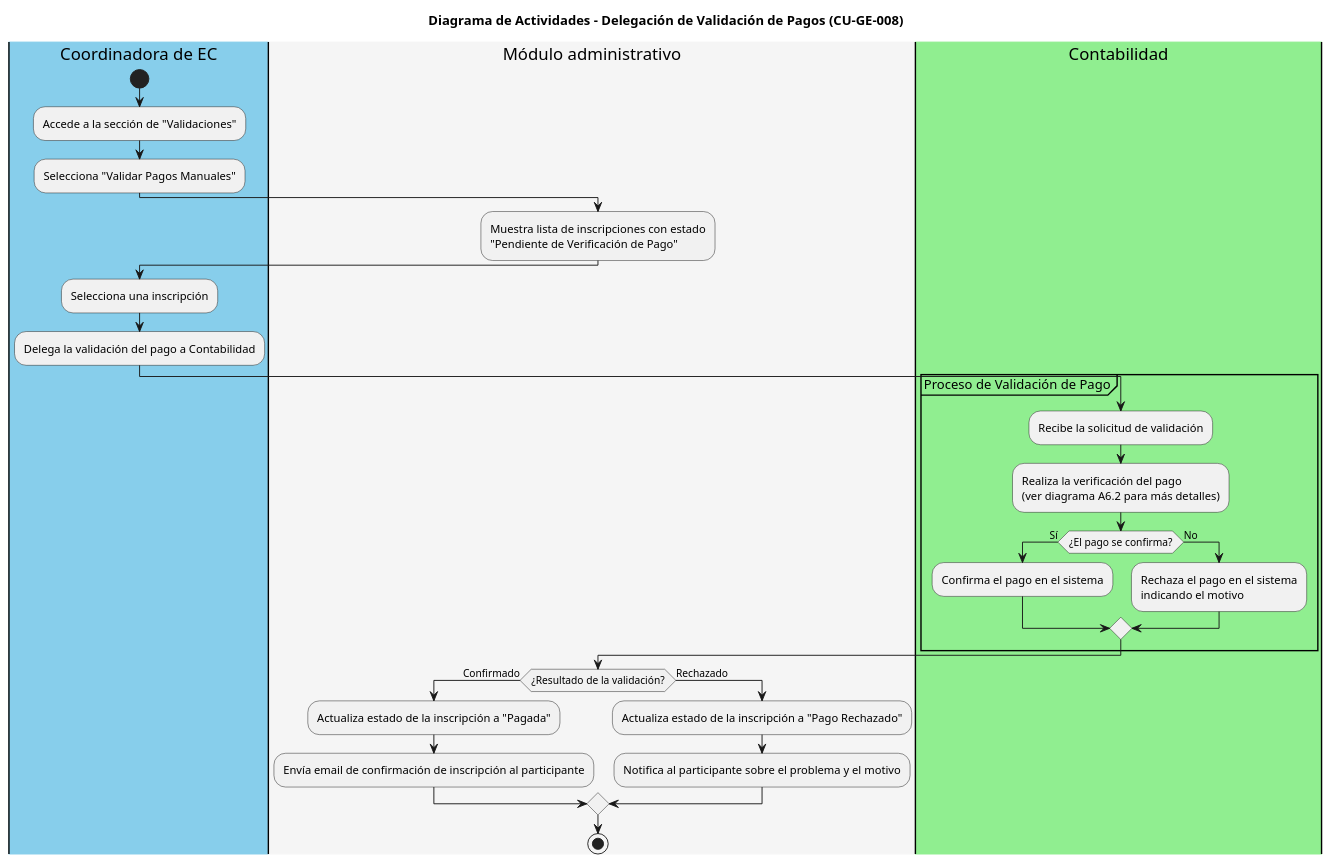
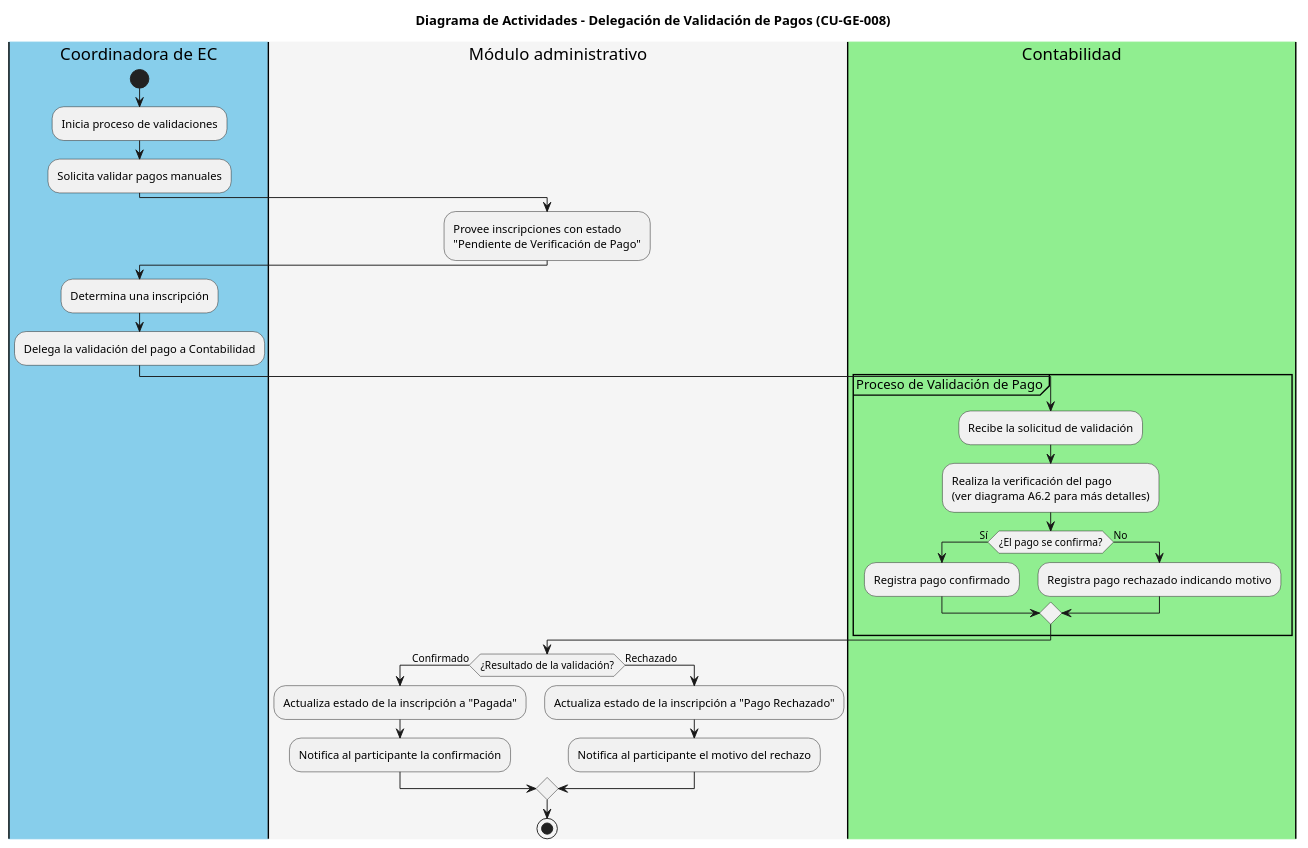
One commit to iKinoo/baby-salesforce-admin-module changed the diagram in code/further reference/CU-GE-008_Validacion_Pagos_General.puml. Above: the diagram before and after it, drawn with PlantUML. The commit also changed 42 other files, not shown here.

```diff
--- a/code/further reference/CU-GE-008_Validacion_Pagos_General.puml
+++ b/code/further reference/CU-GE-008_Validacion_Pagos_General.puml
@@ -1,40 +1,39 @@
-@startuml
+@startuml CU-GE-008_Validacion_Pagos_General
 title Diagrama de Actividades - Delegación de Validación de Pagos (CU-GE-008)
 
 |#skyblue|Coordinadora de EC|
 start
-:Accede a la sección de "Validaciones";
-:Selecciona "Validar Pagos Manuales";
+:Inicia proceso de validaciones;
+:Solicita validar pagos manuales;
 
 |#whitesmoke|Módulo administrativo|
-:Muestra lista de inscripciones con estado
+:Provee inscripciones con estado
 "Pendiente de Verificación de Pago";
 
 |#skyblue|Coordinadora de EC|
-:Selecciona una inscripción;
+:Determina una inscripción;
 :Delega la validación del pago a Contabilidad;
 
 |#lightgreen|Contabilidad|
 partition "Proceso de Validación de Pago" {
     :Recibe la solicitud de validación;
     :Realiza la verificación del pago
     (ver diagrama A6.2 para más detalles);
     if (¿El pago se confirma?) then (Sí)
-        :Confirma el pago en el sistema;
+        :Registra pago confirmado;
     else (No)
-        :Rechaza el pago en el sistema
-        indicando el motivo;
+        :Registra pago rechazado indicando motivo;
     endif
 }
 
 |#whitesmoke|Módulo administrativo|
 if (¿Resultado de la validación?) then (Confirmado)
     :Actualiza estado de la inscripción a "Pagada";
-    :Envía email de confirmación de inscripción al participante;
+    :Notifica al participante la confirmación;
 else (Rechazado)
     :Actualiza estado de la inscripción a "Pago Rechazado";
-    :Notifica al participante sobre el problema y el motivo;
+    :Notifica al participante el motivo del rechazo;
 endif
 
 stop
 @enduml
```
